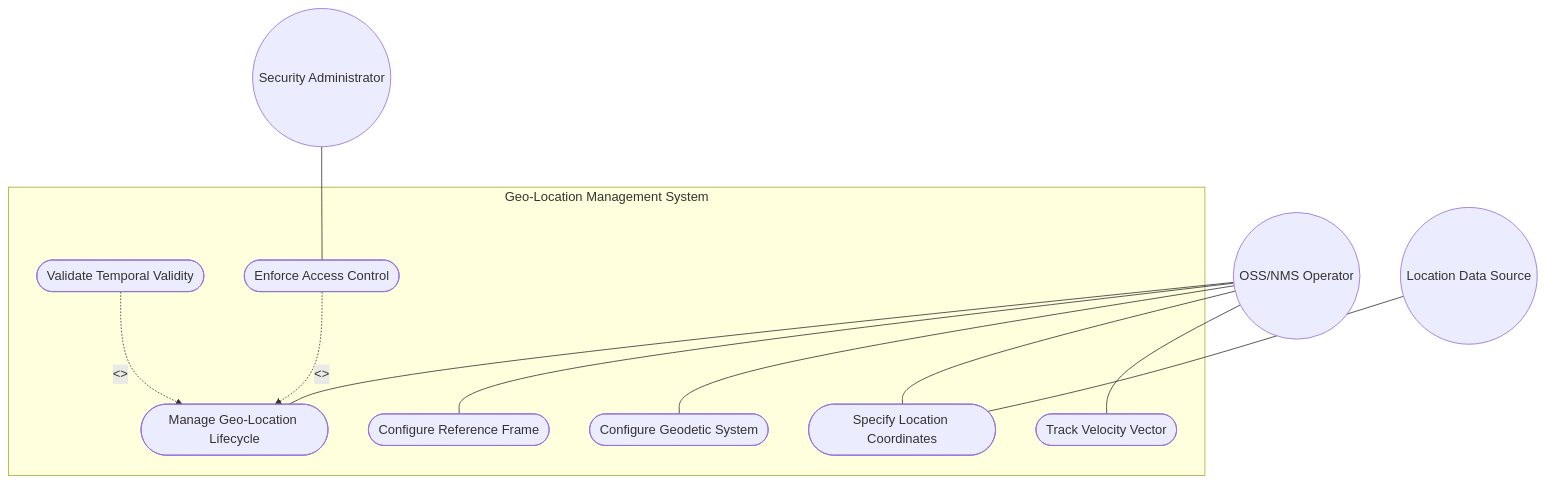
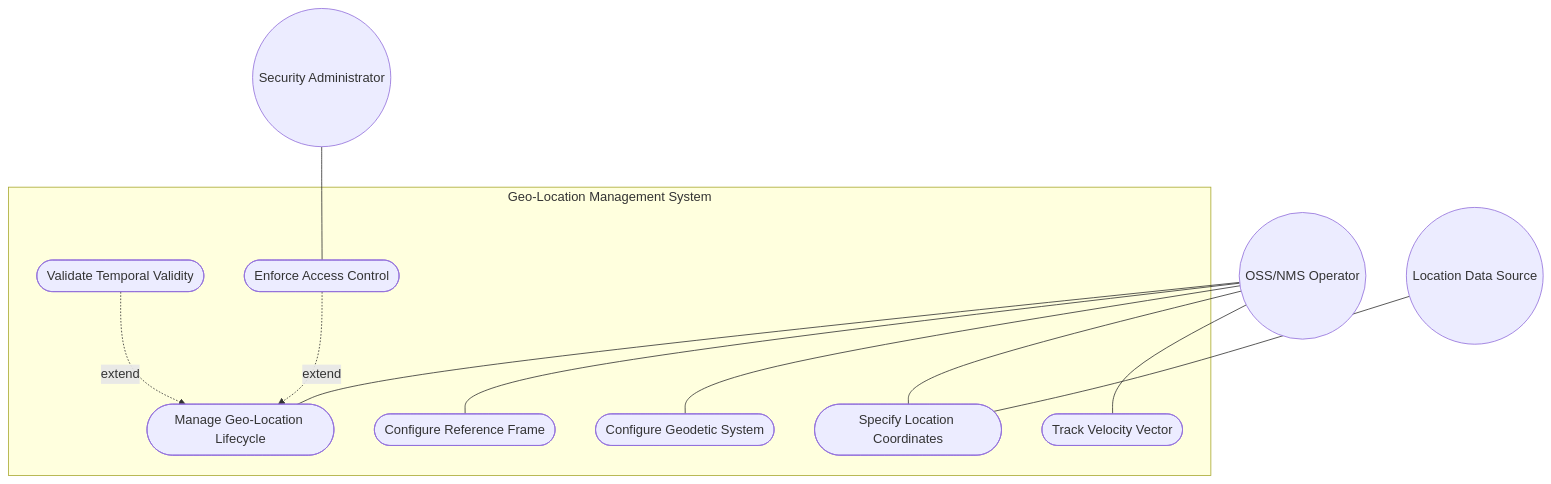
The first of 2 diagrams in docs/use-cases/uc-06-geo-location-management.md (gintatkinson/3dgs-030), drawn with Mermaid before and after one commit. The commit also changed 17 other files, not shown here.

Commit message:
docs: fix Mermaid UML rendering in all 18 use cases -- remove <<include>>/<<extend>> angle brackets causing GitHub renderer failure

````diff
--- a/docs/use-cases/uc-06-geo-location-management.md
+++ b/docs/use-cases/uc-06-geo-location-management.md
@@ -77,21 +77,21 @@
 ```mermaid
 graph TD
     subgraph System["Geo-Location Management System"]
         UC01([Manage Geo-Location Lifecycle])
         UC02([Configure Reference Frame])
         UC03([Configure Geodetic System])
         UC04([Specify Location Coordinates])
         UC05([Track Velocity Vector])
         UC06([Validate Temporal Validity])
         UC07([Enforce Access Control])
     end
     OSS((OSS/NMS Operator)) --- UC01
     OSS --- UC02
     OSS --- UC03
     OSS --- UC04
     OSS --- UC05
-    UC06 -. "<<extend>>" .-> UC01
-    UC07 -. "<<extend>>" .-> UC01
+    UC06 -. "extend" .-> UC01
+    UC07 -. "extend" .-> UC01
     SecAdmin((Security Administrator)) --- UC07
     LocSrc((Location Data Source)) --- UC04
 ```
````
